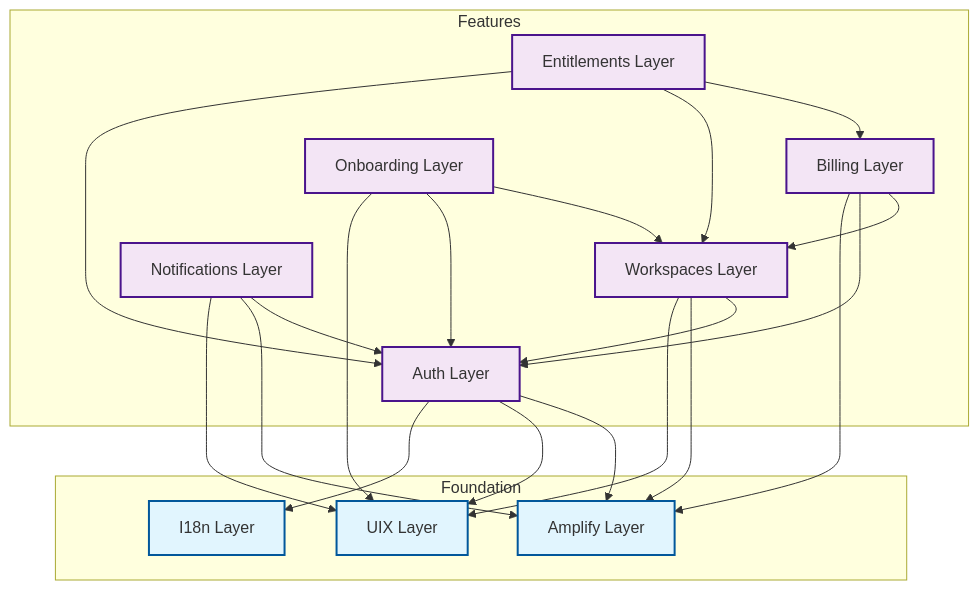
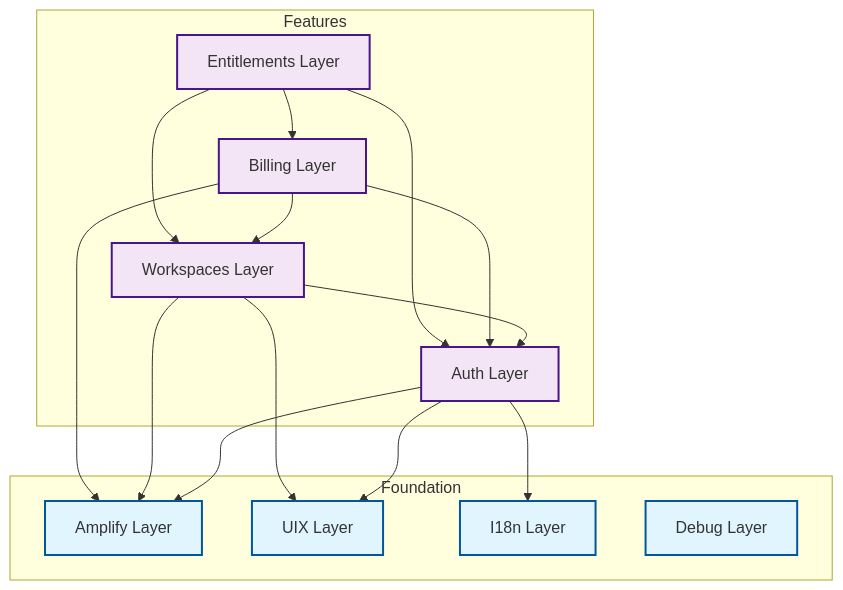
One commit to mmshark/starter-nuxt-amplify-saas changed the diagram in doc/adr/saas.md. Above: the diagram before and after it, drawn with Mermaid. The commit also changed other lines of this file and 6 other files, not shown here.

````diff
--- a/doc/adr/saas.md
+++ b/doc/adr/saas.md
@@ -54,51 +53,42 @@
 ```mermaid
 graph TD
     %% Enabling Layers
     subgraph Foundation
         Amplify[Amplify Layer]
         UIX[UIX Layer]
         I18n[I18n Layer]
+        Debug[Debug Layer]
 
     end
 
     %% Feature Layers
     subgraph Features
         Auth[Auth Layer]
         Workspaces[Workspaces Layer]
         Billing[Billing Layer]
         Entitlements[Entitlements Layer]
-        Onboarding[Onboarding Layer]
-        Notifications[Notifications Layer]
     end
 
     %% Relationships
     Auth --> Amplify
     Auth --> UIX
     Auth --> I18n
 
     Workspaces --> Auth
     Workspaces --> Amplify
     Workspaces --> UIX
 
     Billing --> Workspaces
     Billing --> Auth
     Billing --> Amplify
 
     Entitlements --> Billing
     Entitlements --> Workspaces
     Entitlements --> Auth
 
-    Onboarding --> Workspaces
-    Onboarding --> Auth
-    Onboarding --> UIX
-
-    Notifications --> Auth
-    Notifications --> Amplify
-    Notifications --> UIX
-
     %% Styling
     classDef foundation fill:#e1f5fe,stroke:#01579b,stroke-width:2px;
     classDef feature fill:#f3e5f5,stroke:#4a148c,stroke-width:2px;
-    class Amplify,UIX,I18n,TRPC foundation;
-    class Auth,Workspaces,Billing,Entitlements,Onboarding,Notifications feature;
+    class Amplify,UIX,I18n,Debug foundation;
+    class Auth,Workspaces,Billing,Entitlements feature;
 ```
````
